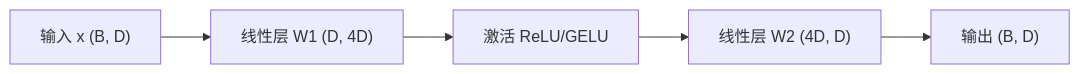
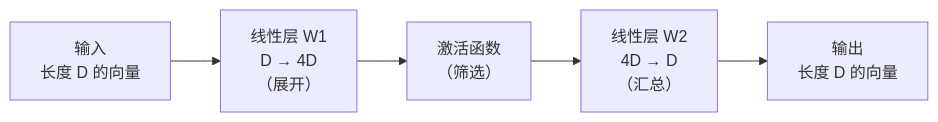
The second of 4 diagrams in docs/chapters/ch00-primer.md (LeeGerry/CS336), drawn with Mermaid before and after one commit. The commit also changed other lines of this file and 4 other files, not shown here.

````diff
--- a/docs/chapters/ch00-primer.md
+++ b/docs/chapters/ch00-primer.md
@@ -384,7 +663,7 @@
 ```mermaid
 flowchart LR
-  X["输入 x (B, D)"] --> L1["线性层 W1 (D, 4D)"]
-  L1 --> A["激活 ReLU/GELU"]
-  A --> L2["线性层 W2 (4D, D)"]
-  L2 --> Y["输出 (B, D)"]
+  X["输入<br/>长度 D 的向量"] --> L1["线性层 W1<br/>D → 4D<br/>（展开）"]
+  L1 --> A["激活函数<br/>（筛选）"]
+  A --> L2["线性层 W2<br/>4D → D<br/>（汇总）"]
+  L2 --> Y["输出<br/>长度 D 的向量"]
 ```
````
